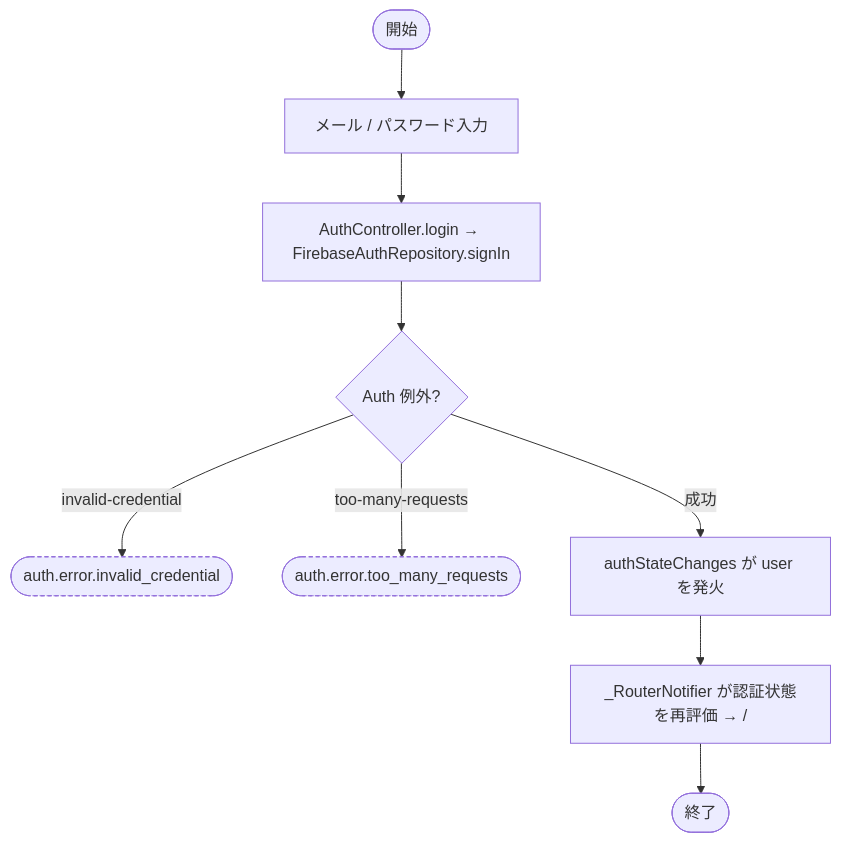
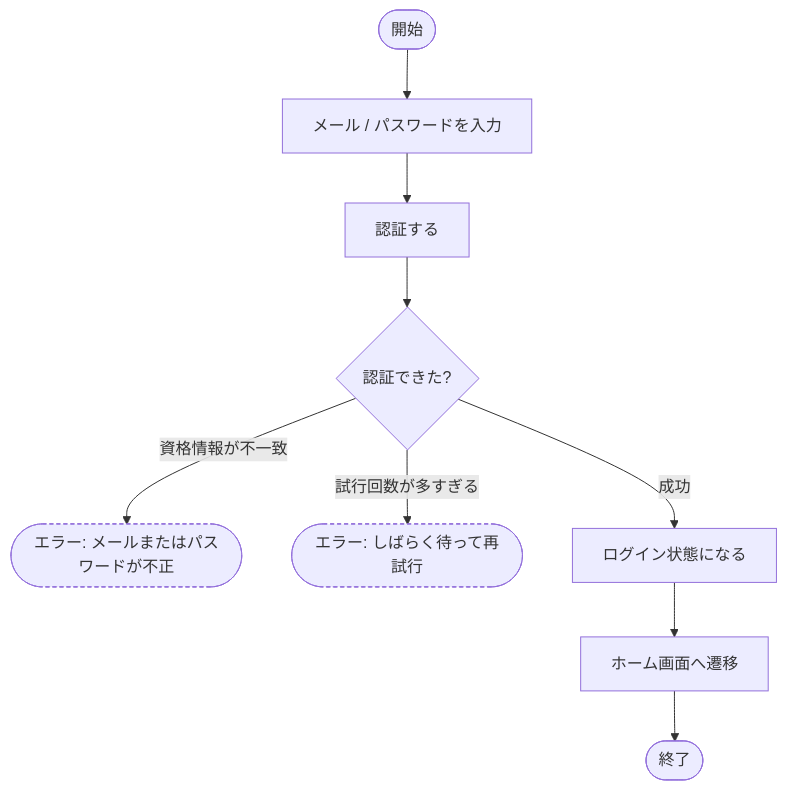
One commit to ekusy/shopping-list-app-flutter changed the third of 28 diagrams in docs/内部設計/アクティビティ図.md. Above: the diagram before and after it, drawn with Mermaid. The commit also changed other lines of this file, not shown here.

First line of the commit message:
docs: アクティビティ図を処理の流れ・分岐の説明に集中させて改稿

````diff
--- a/docs/内部設計/アクティビティ図.md
+++ b/docs/内部設計/アクティビティ図.md
@@ -59,12 +61,12 @@
 ```mermaid
 flowchart TD
-    S([開始]) --> IN[メール / パスワード入力]
-    IN --> C[AuthController.login → FirebaseAuthRepository.signIn]
-    C --> Q{Auth 例外?}
-    Q -->|invalid-credential| E1([auth.error.invalid_credential]):::err
-    Q -->|too-many-requests| E2([auth.error.too_many_requests]):::err
-    Q -->|成功| OK[authStateChanges が user を発火]
-    OK --> RT[_RouterNotifier が認証状態を再評価 → /]
+    S([開始]) --> IN[メール / パスワードを入力]
+    IN --> AUTH[認証する]
+    AUTH --> Q{認証できた?}
+    Q -->|資格情報が不一致| E1([エラー: メールまたはパスワードが不正]):::err
+    Q -->|試行回数が多すぎる| E2([エラー: しばらく待って再試行]):::err
+    Q -->|成功| OK[ログイン状態になる]
+    OK --> RT[ホーム画面へ遷移]
     RT --> E([終了])
     classDef err stroke-dasharray: 4 3
 ```
````
